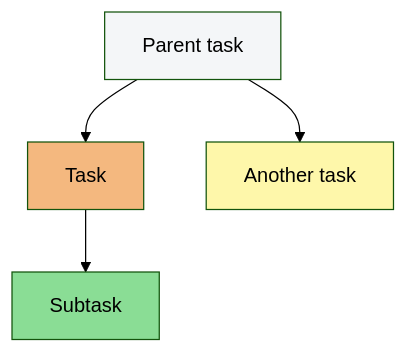
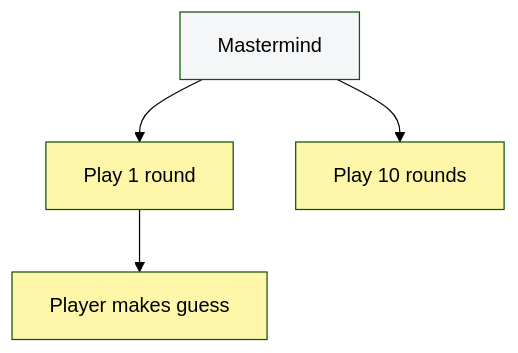
The diagram in discovery-tree.md (jonreid/Mastermind), drawn with Mermaid (forest theme) before and after one commit.

Commit message:
. d Use same names for nodes and labels

````diff
--- a/discovery-tree.md
+++ b/discovery-tree.md
@@ -1,24 +1,25 @@
 ```mermaid
 graph TD
-    mastermind["Parent task"]
-    play-1-round["Task"]
-    play-10-rounds["Another task"]
-    player-makes-guess["Subtask"]
+    mastermind["Mastermind"]
+    play-1-round["Play 1 round"]
+    play-10-rounds["Play 10 rounds"]
+    player-makes-guess["Player makes guess"]
 
     mastermind --> play-1-round
     play-1-round --> player-makes-guess
     mastermind --> play-10-rounds
 
     classDef parent-task fill:#f4f6f8
     classDef todo fill:#fef7aa
     classDef in-progress fill:#f4b87f
     classDef completed fill:#8add95
     classDef blocked fill:#f1a2a0
     classDef punt fill:#b5abf4
     classDef notes fill:#b8cffa
 
-		class play-10-rounds todo
-    class play-1-round in-progress
-    class player-makes-guess completed
     class mastermind parent-task
+    class play-10-rounds todo
+    class play-1-round todo
+    class player-makes-guess todo
+
 ```
````
